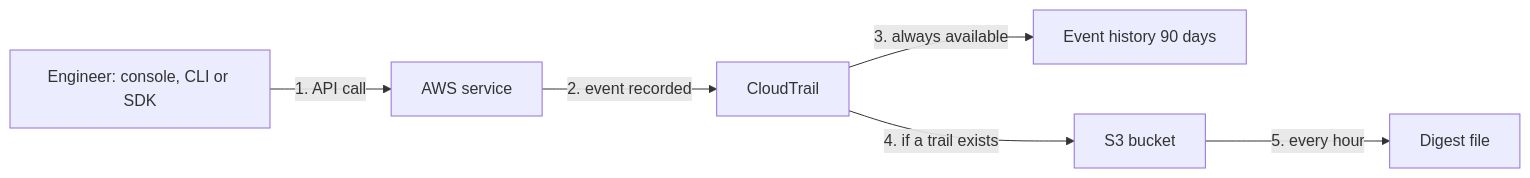
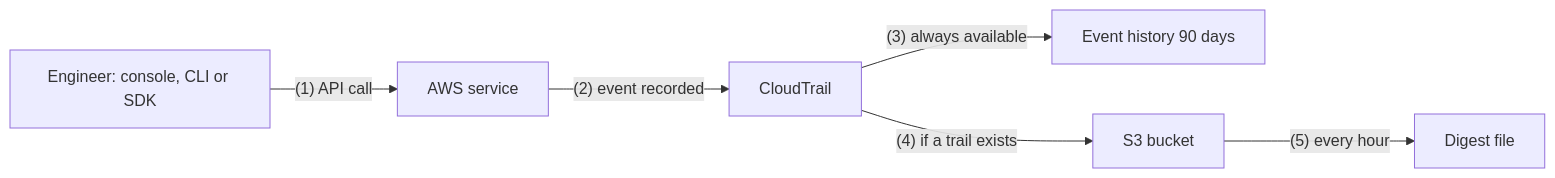
One commit to firmanains/Belajar changed the second of 2 diagrams in AWS/SAA/monitoring/cloudtrail.md. Above: the diagram before and after it, drawn with Mermaid. The commit also changed 14 other files, not shown here.

First line of the commit message:
Fix Mermaid labels that rendered as "Unsupported markdown"

````diff
--- a/AWS/SAA/monitoring/cloudtrail.md
+++ b/AWS/SAA/monitoring/cloudtrail.md
@@ -52,8 +52,8 @@
 ```mermaid
 flowchart LR
-  u["Engineer: console, CLI or SDK"] -->|1. API call| svc["AWS service"]
-  svc -->|2. event recorded| ct["CloudTrail"]
-  ct -->|3. always available| eh["Event history 90 days"]
-  ct -->|4. if a trail exists| s3["S3 bucket"]
-  s3 -->|5. every hour| dg["Digest file"]
+  u["Engineer: console, CLI or SDK"] -->|"(1) API call"| svc["AWS service"]
+  svc -->|"(2) event recorded"| ct["CloudTrail"]
+  ct -->|"(3) always available"| eh["Event history 90 days"]
+  ct -->|"(4) if a trail exists"| s3["S3 bucket"]
+  s3 -->|"(5) every hour"| dg["Digest file"]
 ```
````
